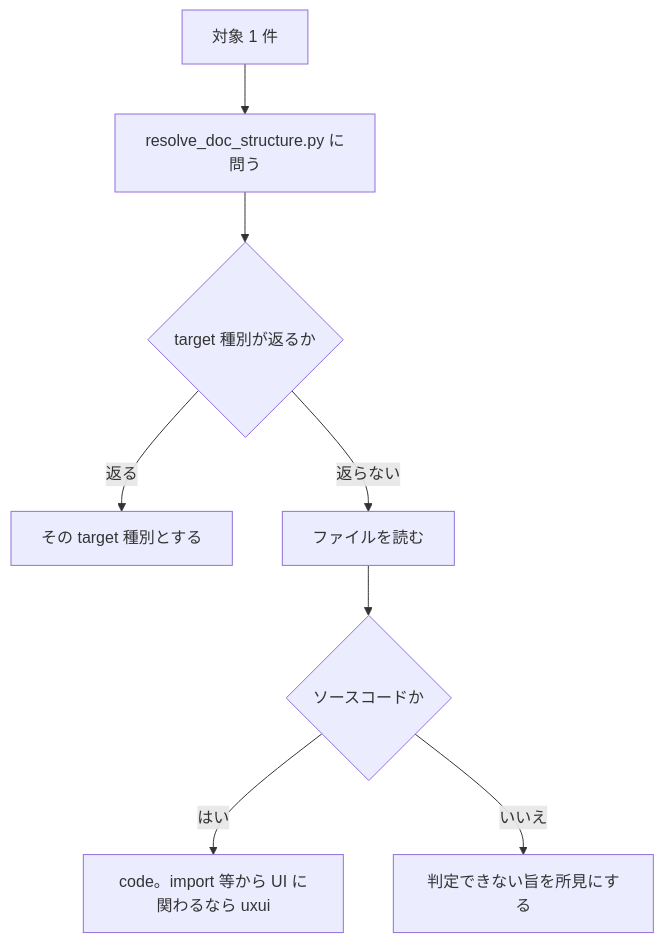
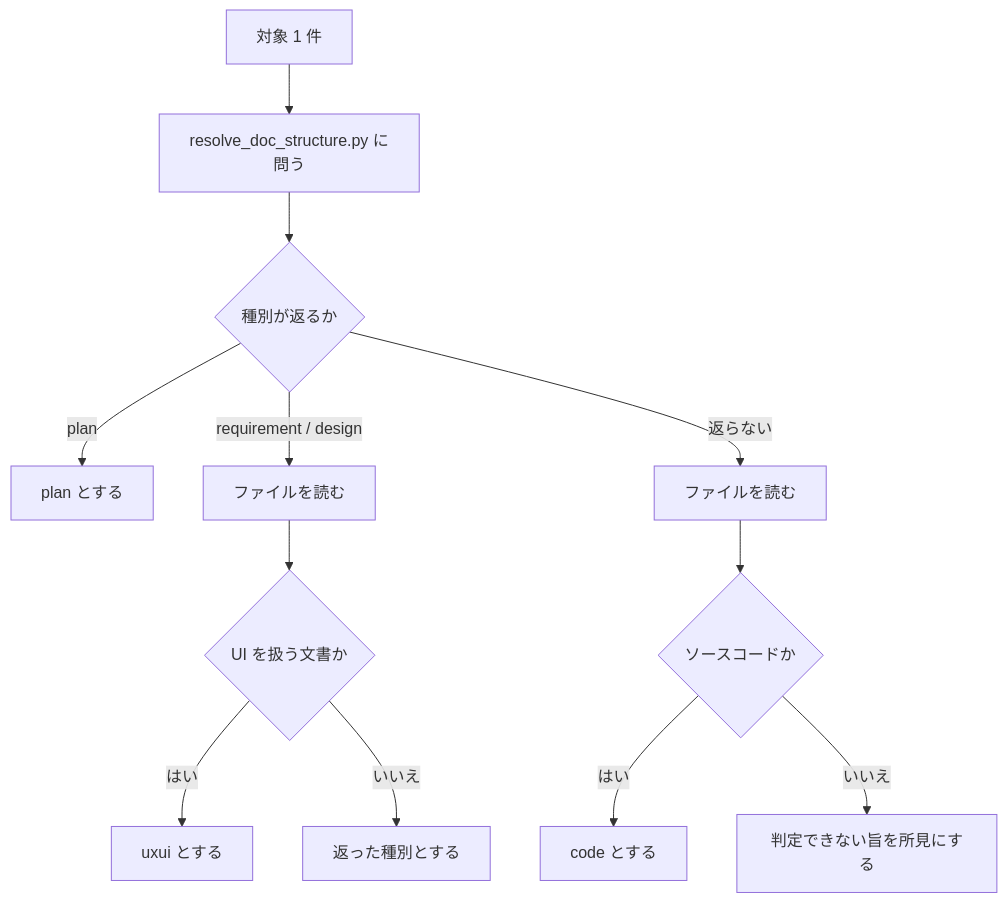
One commit to BlueEventHorizon/bw-cc-plugins changed the second of 2 diagrams in docs/specs/review/design/DES-084_reviewer_design.md. Above: the diagram before and after it, drawn with Mermaid. The commit also changed other lines of this file and 4 other files, not shown here.

````diff
--- a/docs/specs/review/design/DES-084_reviewer_design.md
+++ b/docs/specs/review/design/DES-084_reviewer_design.md
@@ -425,10 +440,14 @@
 ```mermaid
 flowchart TB
     A["対象 1 件"] --> B["resolve_doc_structure.py に問う"]
-    B --> C{"target 種別が返るか"}
-    C -->|"返る"| D["その target 種別とする"]
-    C -->|"返らない"| E["ファイルを読む"]
-    E --> F{"ソースコードか"}
-    F -->|"はい"| G["code。import 等から UI に関わるなら uxui"]
-    F -->|"いいえ"| H["判定できない旨を所見にする"]
+    B --> C{"種別が返るか"}
+    C -->|"plan"| D["plan とする"]
+    C -->|"requirement / design"| E["ファイルを読む"]
+    E --> F{"UI を扱う文書か"}
+    F -->|"はい"| G["uxui とする"]
+    F -->|"いいえ"| H["返った種別とする"]
+    C -->|"返らない"| I["ファイルを読む"]
+    I --> J{"ソースコードか"}
+    J -->|"はい"| K["code とする"]
+    J -->|"いいえ"| L["判定できない旨を所見にする"]
 ```
````
